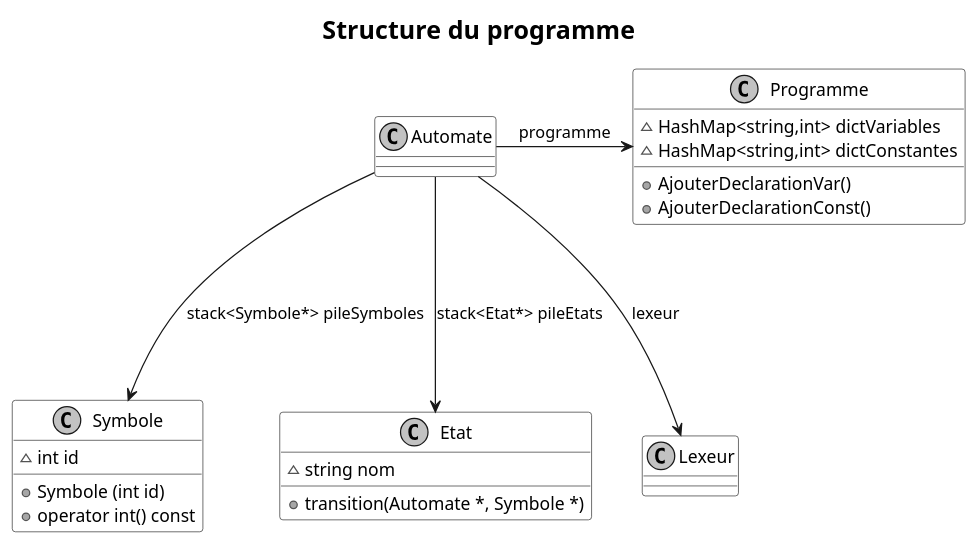
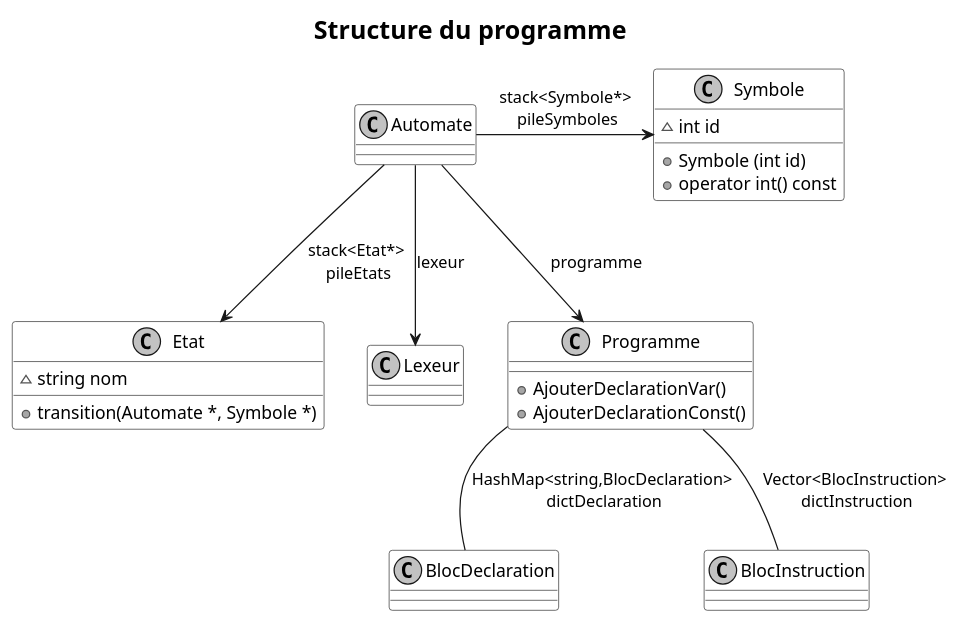
The diagram in doc/structure.puml (0xnome/lutin), drawn with PlantUML before and after one commit. The commit also changed 5 other files, not shown here.

```diff
--- a/doc/structure.puml
+++ b/doc/structure.puml
@@ -1,51 +1,54 @@
 @startuml
 skinparam monochrome true
 skinparam shadowing false
 skinparam TitleFontSize 20
 skinparam sequenceTitleFontSize 20
 skinparam sequenceTitleFontStyle plain
 
 skinparam class {
 	BackgroundColor white
 	BackgroundColor<<Warning>> lightblue
 }
 
 title Structure du programme
 
 class Symbole{
 	~int id
 	+Symbole (int id)
 	+operator int() const
 }
 
 class Automate{
 
 }
 
-Automate ---> Symbole : stack<Symbole*> pileSymboles
-Automate ---> Etat : stack<Etat*> pileEtats
-Automate ---> Lexeur : lexeur
-Automate -> Programme : programme
+Automate -> Symbole : stack<Symbole*>\n pileSymboles
+Automate --> Etat : stack<Etat*>\n pileEtats
+Automate --> Lexeur : lexeur
+Automate --> Programme : programme
 
 class Etat{
     ~string nom
     +transition(Automate *, Symbole *)
 }
 
 class Programme{
- ~HashMap<string,int> dictVariables
- ~HashMap<string,int> dictConstantes
 
  +AjouterDeclarationVar()
  +AjouterDeclarationConst()
+
 }
+
+Programme -- BlocDeclaration : HashMap<string,BlocDeclaration>\n dictDeclaration
+Programme -- BlocInstruction : Vector<BlocInstruction>\n dictInstruction
+
+
 
 
 
 
 class Lexeur{
 
-
 }
 
 @enduml
```
